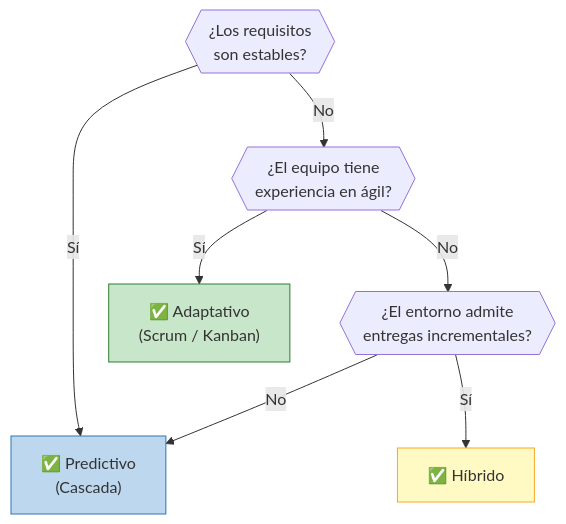
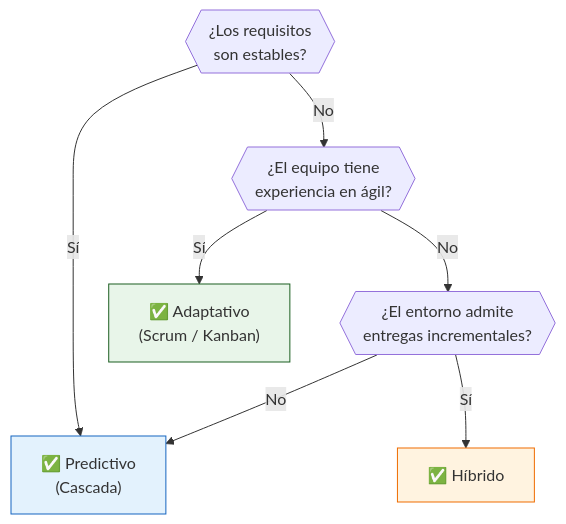
One commit to TomasGonzalez1204/plan-proyecto-gp-uner changed the first of 4 diagrams in docs/01-plan-inicial/ciclo-de-vida.md. Above: the diagram before and after it, drawn with Mermaid.

Commit message:
Change styles for diagram elements in ciclo-de-vida.md
Updated styles for diagram elements in ciclo-de-vida.md.

````diff
--- a/docs/01-plan-inicial/ciclo-de-vida.md
+++ b/docs/01-plan-inicial/ciclo-de-vida.md
@@ -20,17 +20,17 @@
 ```mermaid
 flowchart TD
     A{{"¿Los requisitos\nson estables?"}}
     B{{"¿El equipo tiene\nexperiencia en ágil?"}}
     C{{"¿El entorno admite\nentregas incrementales?"}}
 
     A -- Sí --> P["✅ Predictivo\n(Cascada)"]
     A -- No --> B
     B -- Sí --> D["✅ Adaptativo\n(Scrum / Kanban)"]
     B -- No --> C
     C -- Sí --> H["✅ Híbrido"]
     C -- No --> P
 
-    style P fill:#BDD8EE,stroke:#2E75B6
-    style D fill:#C8E6C9,stroke:#2E7D32
-    style H fill:#FFF9C4,stroke:#F9A825
+    style P fill:#E3F2FD,stroke:#1565C0
+    style D fill:#E8F5E9,stroke:#1B5E20
+    style H fill:#FFF3E0,stroke:#EF6C00
 ```
````
